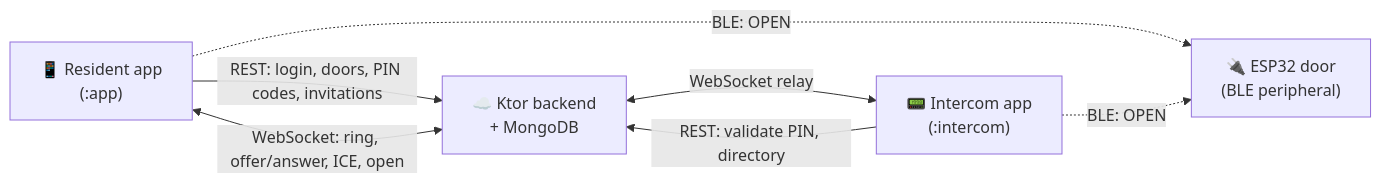
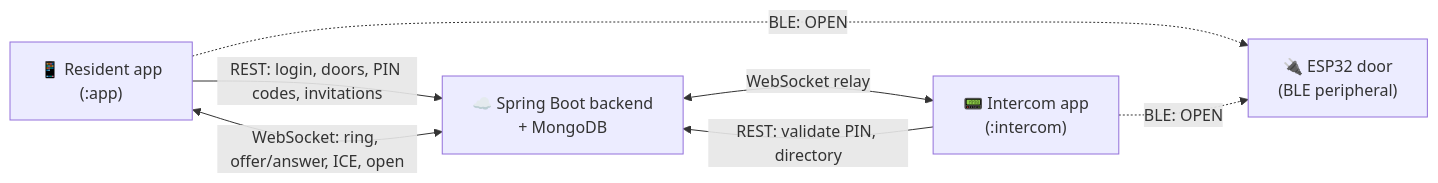
One commit to Rodolphe18/AccessControlApp changed the diagram in README.md. Above: the diagram before and after it, drawn with Mermaid. The commit also changed other lines of this file, not shown here.

````diff
--- a/README.md
+++ b/README.md
@@ -34,14 +44,14 @@
 ```mermaid
 graph LR
     R["📱 Resident app<br/>(:app)"]
     I["📟 Intercom app<br/>(:intercom)"]
-    B["☁️ Ktor backend<br/>+ MongoDB"]
+    B["☁️ Spring Boot backend<br/>+ MongoDB"]
     E["🔌 ESP32 door<br/>(BLE peripheral)"]
 
     R -- "REST: login, doors, PIN codes, invitations" --> B
     I -- "REST: validate PIN, directory" --> B
     R <-- "WebSocket: ring, offer/answer, ICE, open" --> B
     B <-- "WebSocket relay" --> I
     R -. "BLE: OPEN" .-> E
     I -. "BLE: OPEN" .-> E
 ```
````
